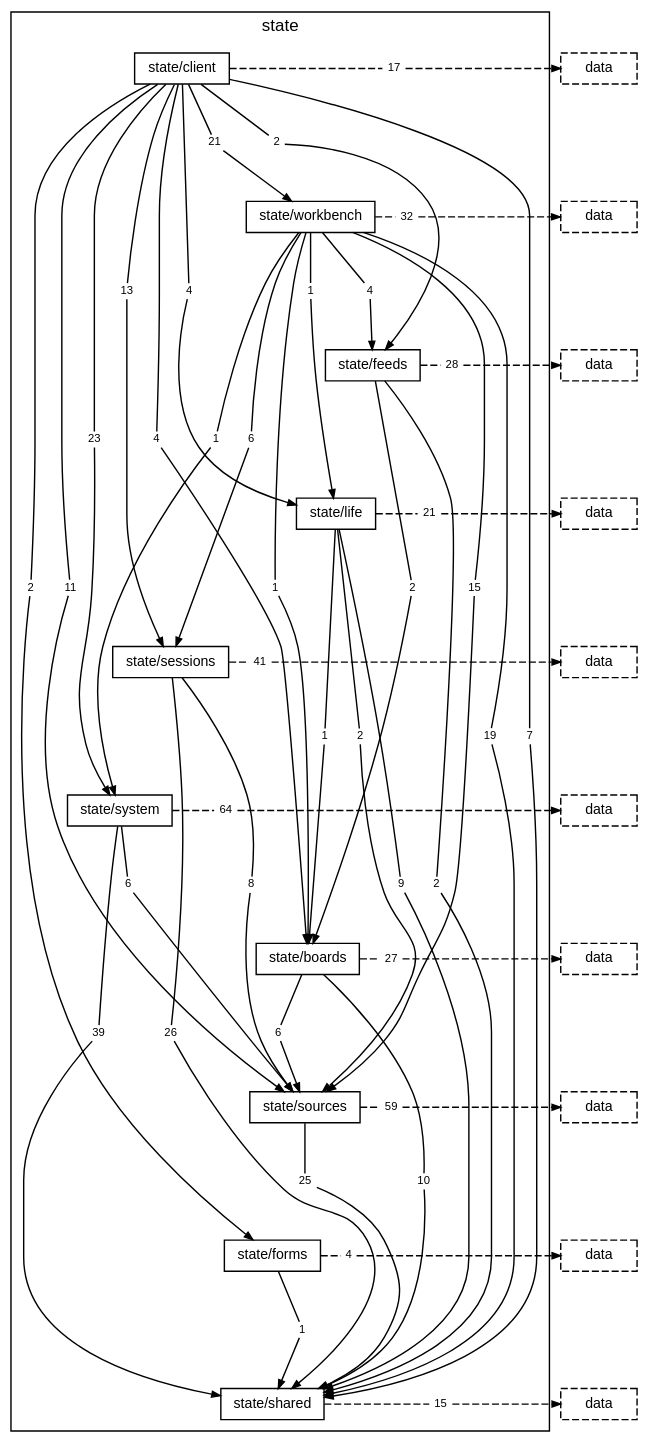
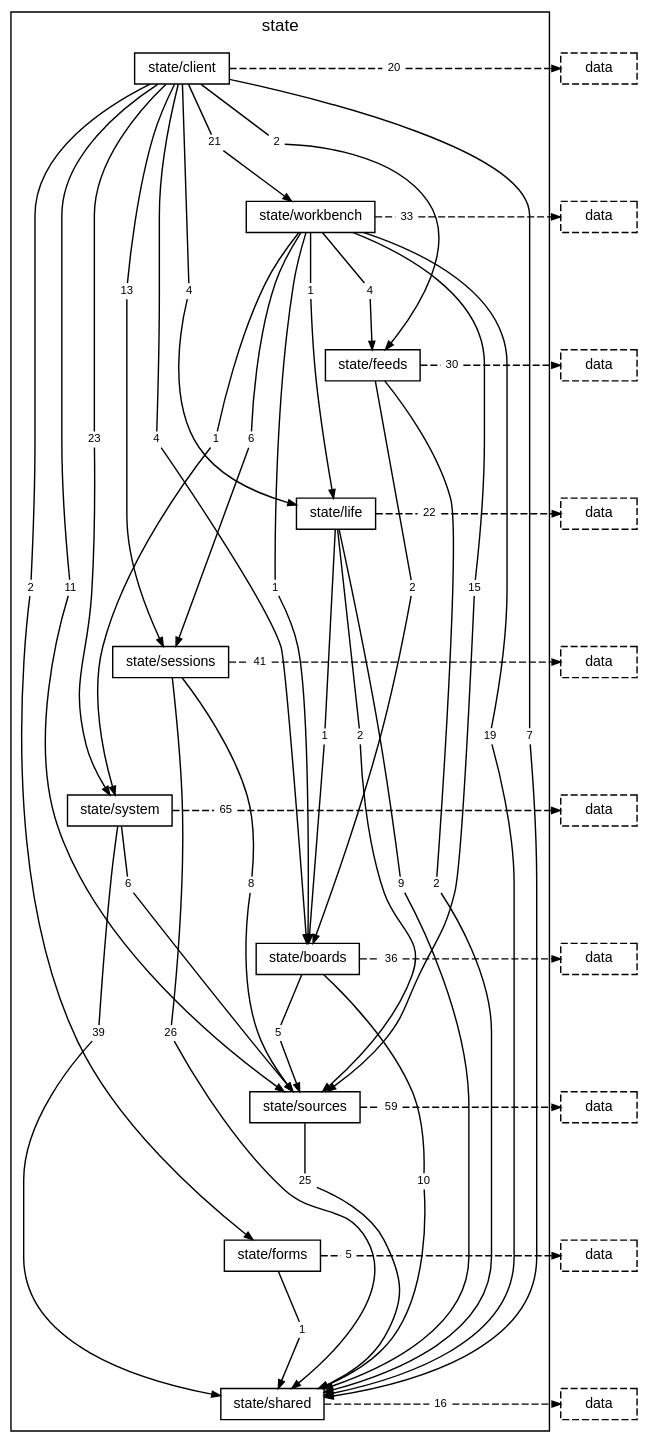
The diagram in docs/diagrams/layer-state.dot (TheAxeC/oculus), drawn with Graphviz before and after one commit. The commit also changed 180 other files, not shown here.

```diff
--- a/docs/diagrams/layer-state.dot
+++ b/docs/diagrams/layer-state.dot
@@ -23,7 +23,7 @@
         "folder state/client to folder state/sources" [label="11", shape=box, color="transparent", fontsize=8, width=0, height=0, margin="0.04,0.02"];
         "folder state/client to folder state/system" [label="23", shape=box, color="transparent", fontsize=8, width=0, height=0, margin="0.04,0.02"];
         "folder state/client to folder state/workbench" [label="21", shape=box, color="transparent", fontsize=8, width=0, height=0, margin="0.04,0.02"];
-        "folder state/client to layer data" [label="17", shape=box, color="transparent", fontsize=8, width=0, height=0, margin="0.04,0.02"];
+        "folder state/client to layer data" [label="20", shape=box, color="transparent", fontsize=8, width=0, height=0, margin="0.04,0.02"];
         "folder state/workbench to folder state/boards" [label="1", shape=box, color="transparent", fontsize=8, width=0, height=0, margin="0.04,0.02"];
         "folder state/workbench to folder state/feeds" [label="4", shape=box, color="transparent", fontsize=8, width=0, height=0, margin="0.04,0.02"];
         "folder state/workbench to folder state/life" [label="1", shape=box, color="transparent", fontsize=8, width=0, height=0, margin="0.04,0.02"];
@@ -31,28 +31,28 @@
         "folder state/workbench to folder state/shared" [label="19", shape=box, color="transparent", fontsize=8, width=0, height=0, margin="0.04,0.02"];
         "folder state/workbench to folder state/sources" [label="15", shape=box, color="transparent", fontsize=8, width=0, height=0, margin="0.04,0.02"];
         "folder state/workbench to folder state/system" [label="1", shape=box, color="transparent", fontsize=8, width=0, height=0, margin="0.04,0.02"];
-        "folder state/workbench to layer data" [label="32", shape=box, color="transparent", fontsize=8, width=0, height=0, margin="0.04,0.02"];
+        "folder state/workbench to layer data" [label="33", shape=box, color="transparent", fontsize=8, width=0, height=0, margin="0.04,0.02"];
         "folder state/feeds to folder state/boards" [label="2", shape=box, color="transparent", fontsize=8, width=0, height=0, margin="0.04,0.02"];
         "folder state/feeds to folder state/shared" [label="2", shape=box, color="transparent", fontsize=8, width=0, height=0, margin="0.04,0.02"];
-        "folder state/feeds to layer data" [label="28", shape=box, color="transparent", fontsize=8, width=0, height=0, margin="0.04,0.02"];
+        "folder state/feeds to layer data" [label="30", shape=box, color="transparent", fontsize=8, width=0, height=0, margin="0.04,0.02"];
         "folder state/life to folder state/boards" [label="1", shape=box, color="transparent", fontsize=8, width=0, height=0, margin="0.04,0.02"];
         "folder state/life to folder state/shared" [label="9", shape=box, color="transparent", fontsize=8, width=0, height=0, margin="0.04,0.02"];
         "folder state/life to folder state/sources" [label="2", shape=box, color="transparent", fontsize=8, width=0, height=0, margin="0.04,0.02"];
-        "folder state/life to layer data" [label="21", shape=box, color="transparent", fontsize=8, width=0, height=0, margin="0.04,0.02"];
+        "folder state/life to layer data" [label="22", shape=box, color="transparent", fontsize=8, width=0, height=0, margin="0.04,0.02"];
         "folder state/sessions to folder state/shared" [label="26", shape=box, color="transparent", fontsize=8, width=0, height=0, margin="0.04,0.02"];
         "folder state/sessions to folder state/sources" [label="8", shape=box, color="transparent", fontsize=8, width=0, height=0, margin="0.04,0.02"];
         "folder state/sessions to layer data" [label="41", shape=box, color="transparent", fontsize=8, width=0, height=0, margin="0.04,0.02"];
         "folder state/system to folder state/shared" [label="39", shape=box, color="transparent", fontsize=8, width=0, height=0, margin="0.04,0.02"];
         "folder state/system to folder state/sources" [label="6", shape=box, color="transparent", fontsize=8, width=0, height=0, margin="0.04,0.02"];
-        "folder state/system to layer data" [label="64", shape=box, color="transparent", fontsize=8, width=0, height=0, margin="0.04,0.02"];
+        "folder state/system to layer data" [label="65", shape=box, color="transparent", fontsize=8, width=0, height=0, margin="0.04,0.02"];
         "folder state/boards to folder state/shared" [label="10", shape=box, color="transparent", fontsize=8, width=0, height=0, margin="0.04,0.02"];
-        "folder state/boards to folder state/sources" [label="6", shape=box, color="transparent", fontsize=8, width=0, height=0, margin="0.04,0.02"];
-        "folder state/boards to layer data" [label="27", shape=box, color="transparent", fontsize=8, width=0, height=0, margin="0.04,0.02"];
+        "folder state/boards to folder state/sources" [label="5", shape=box, color="transparent", fontsize=8, width=0, height=0, margin="0.04,0.02"];
+        "folder state/boards to layer data" [label="36", shape=box, color="transparent", fontsize=8, width=0, height=0, margin="0.04,0.02"];
         "folder state/sources to folder state/shared" [label="25", shape=box, color="transparent", fontsize=8, width=0, height=0, margin="0.04,0.02"];
         "folder state/sources to layer data" [label="59", shape=box, color="transparent", fontsize=8, width=0, height=0, margin="0.04,0.02"];
         "folder state/forms to folder state/shared" [label="1", shape=box, color="transparent", fontsize=8, width=0, height=0, margin="0.04,0.02"];
-        "folder state/forms to layer data" [label="4", shape=box, color="transparent", fontsize=8, width=0, height=0, margin="0.04,0.02"];
-        "folder state/shared to layer data" [label="15", shape=box, color="transparent", fontsize=8, width=0, height=0, margin="0.04,0.02"];
+        "folder state/forms to layer data" [label="5", shape=box, color="transparent", fontsize=8, width=0, height=0, margin="0.04,0.02"];
+        "folder state/shared to layer data" [label="16", shape=box, color="transparent", fontsize=8, width=0, height=0, margin="0.04,0.02"];
     }
     "layer data from folder state/client" [label="data", style=dashed];
     "layer data from folder state/workbench" [label="data", style=dashed];
```
